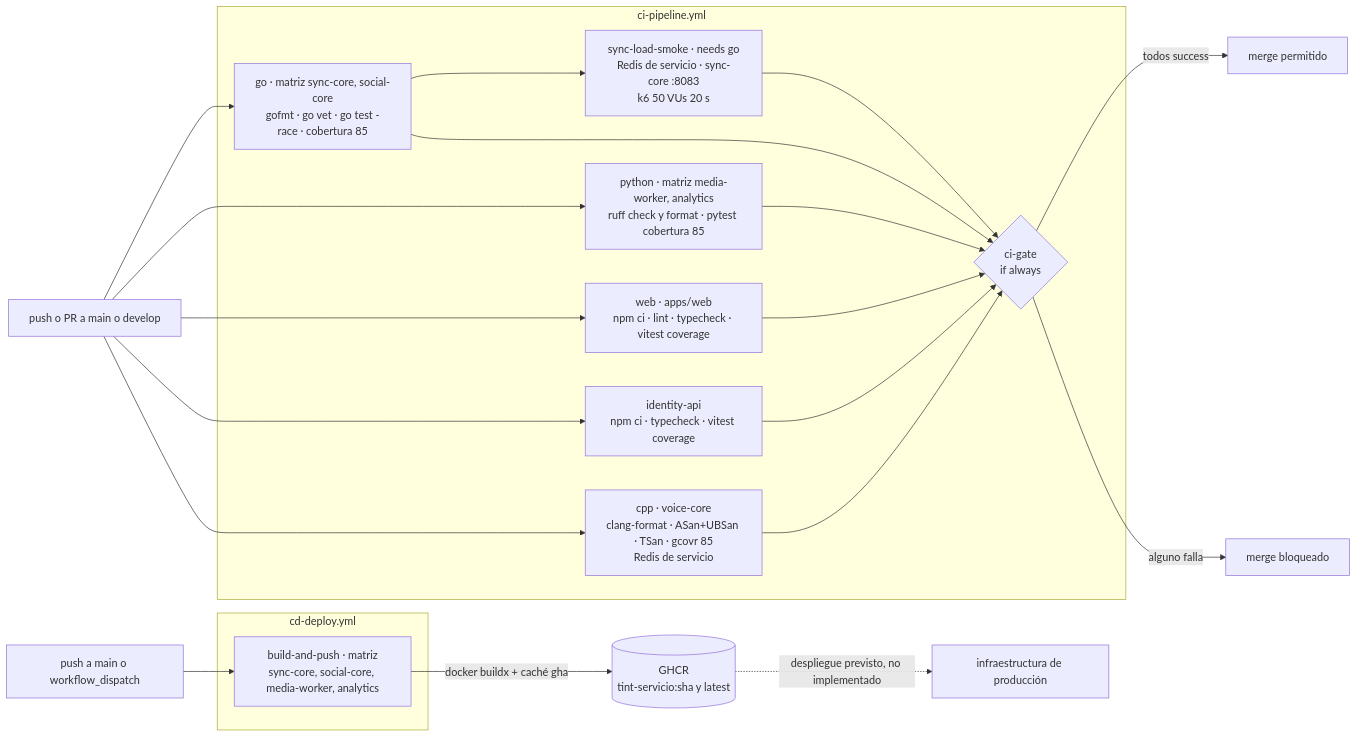
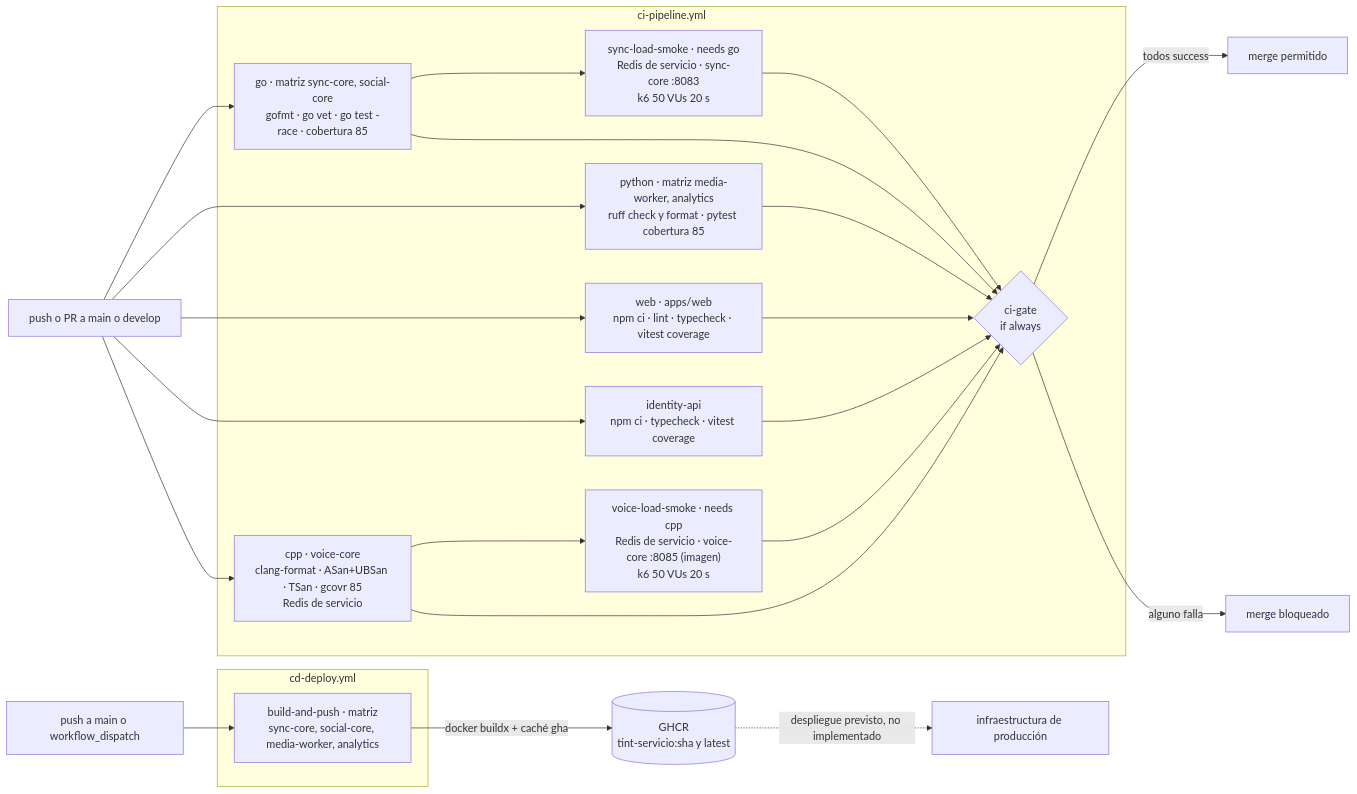
One commit to TINTOrganization/TINT changed the seventh of 7 diagrams in docs/arquitectura.md. Above: the diagram before and after it, drawn with Mermaid. The commit also changed other lines of this file and 2 other files, not shown here.

Commit message:
docs: pruebas de carga y E2E de la voz (Fase 5)
- dominio-voz.md: plan, verificación con números de k6 y E2E, AC3 de
  HU-VOZ-05 con reconexión probada y limitaciones.
- arquitectura.md: job voice-load-smoke en el diagrama de CI.
- AGENTS.md: comandos de carga y E2E del Canal de Voz.

````diff
--- a/docs/arquitectura.md
+++ b/docs/arquitectura.md
@@ -411,30 +411,32 @@
 ```mermaid
 flowchart LR
     EV1["push o PR a main o develop"] --> GO
     EV1 --> PY
     EV1 --> WEBJ
     EV1 --> IDJ
     EV1 --> CPP
 
     subgraph ci["ci-pipeline.yml"]
         GO["go · matriz sync-core, social-core<br/>gofmt · go vet · go test -race · cobertura 85"]
         PY["python · matriz media-worker, analytics<br/>ruff check y format · pytest cobertura 85"]
         WEBJ["web · apps/web<br/>npm ci · lint · typecheck · vitest coverage"]
         IDJ["identity-api<br/>npm ci · typecheck · vitest coverage"]
         CPP["cpp · voice-core<br/>clang-format · ASan+UBSan · TSan · gcovr 85<br/>Redis de servicio"]
         K6["sync-load-smoke · needs go<br/>Redis de servicio · sync-core :8083<br/>k6 50 VUs 20 s"]
+        K6V["voice-load-smoke · needs cpp<br/>Redis de servicio · voice-core :8085 (imagen)<br/>k6 50 VUs 20 s"]
         GATE{"ci-gate<br/>if always"}
         GO --> K6
-        GO & PY & WEBJ & IDJ & CPP & K6 --> GATE
+        CPP --> K6V
+        GO & PY & WEBJ & IDJ & CPP & K6 & K6V --> GATE
     end
 
     GATE -- "todos success" --> OK["merge permitido"]
     GATE -- "alguno falla" --> KO["merge bloqueado"]
 
     EV2["push a main o workflow_dispatch"] --> CD
     subgraph cd["cd-deploy.yml"]
         CD["build-and-push · matriz<br/>sync-core, social-core, media-worker, analytics"]
     end
     CD -- "docker buildx + caché gha" --> GHCR[("GHCR<br/>tint-servicio:sha y latest")]
     GHCR -. "despliegue previsto, no implementado" .-> PROD["infraestructura de producción"]
 ```
````
